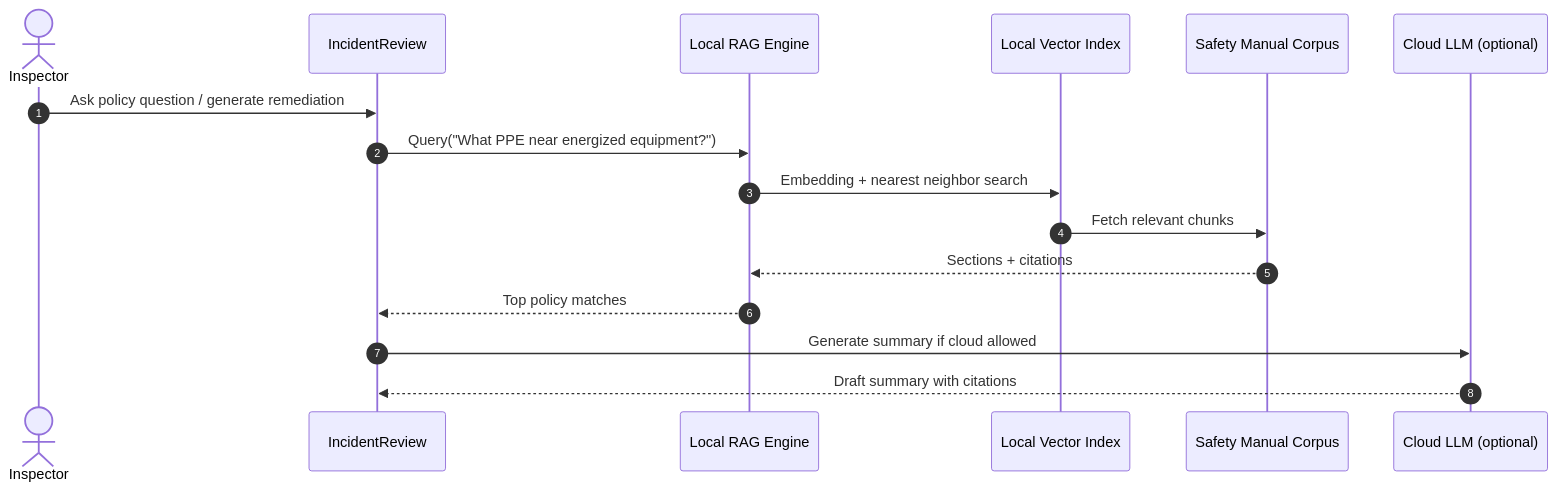
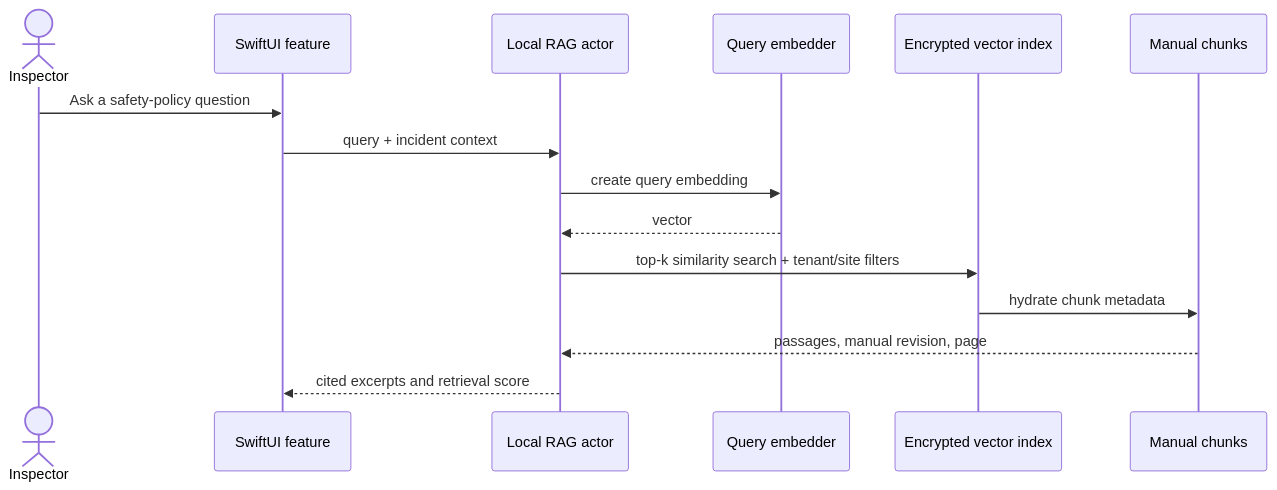
The second of 2 diagrams in DESIGN.md (ArunIOS-ab/SentinelOps), drawn with Mermaid before and after one commit. The commit also changed other lines of this file and 35 other files, not shown here.

````diff
--- a/DESIGN.md
+++ b/DESIGN.md
@@ -88,19 +64,17 @@
 ```mermaid
 sequenceDiagram
-    autonumber
-    actor Inspector
-    participant UI as IncidentReview
-    participant RAG as Local RAG Engine
-    participant Index as Local Vector Index
-    participant Policy as Safety Manual Corpus
-    participant LLM as Cloud LLM (optional)
-
-    Inspector->>UI: Ask policy question / generate remediation
-    UI->>RAG: Query("What PPE near energized equipment?")
-    RAG->>Index: Embedding + nearest neighbor search
-    Index->>Policy: Fetch relevant chunks
-    Policy-->>RAG: Sections + citations
-    RAG-->>UI: Top policy matches
-    UI->>LLM: Generate summary if cloud allowed
-    LLM-->>UI: Draft summary with citations
+  actor Inspector
+  participant UI as SwiftUI feature
+  participant RAG as Local RAG actor
+  participant E as Query embedder
+  participant V as Encrypted vector index
+  participant M as Manual chunks
+  Inspector->>UI: Ask a safety-policy question
+  UI->>RAG: query + incident context
+  RAG->>E: create query embedding
+  E-->>RAG: vector
+  RAG->>V: top-k similarity search + tenant/site filters
+  V->>M: hydrate chunk metadata
+  M-->>RAG: passages, manual revision, page
+  RAG-->>UI: cited excerpts and retrieval score
 ```
````
